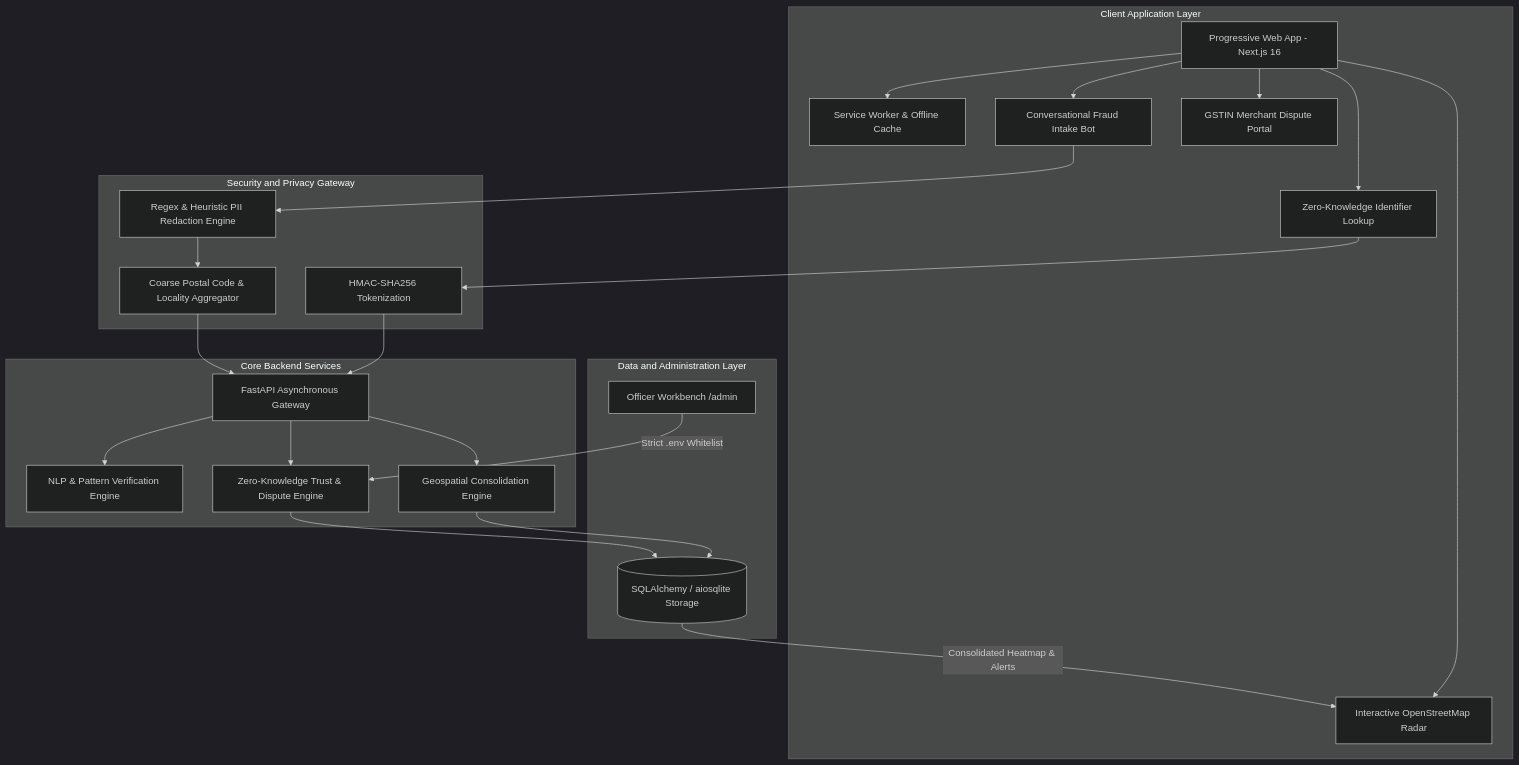
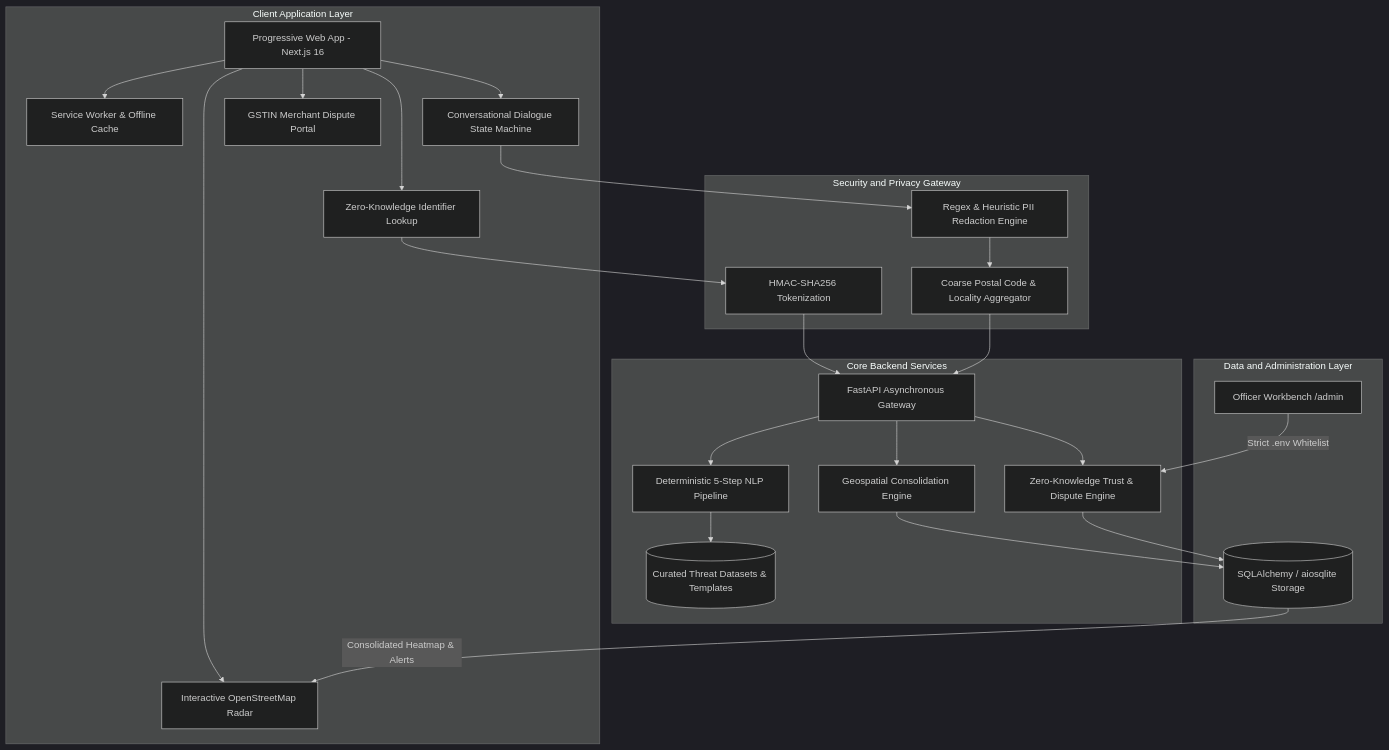
The diagram in SCAMRADAR_PROBLEM_AND_TOTAL_SOLUTION.md (Jagadesh-1811/community-Scam-), drawn with Mermaid (dark theme) before and after one commit. The commit also changed other lines of this file and 1 other file, not shown here.

````diff
--- a/SCAMRADAR_PROBLEM_AND_TOTAL_SOLUTION.md
+++ b/SCAMRADAR_PROBLEM_AND_TOTAL_SOLUTION.md
@@ -65,31 +65,32 @@
 ```mermaid
 flowchart TD
     subgraph Client Application Layer
         PWA[Progressive Web App - Next.js 16] --> SW[Service Worker & Offline Cache]
         PWA --> MapView[Interactive OpenStreetMap Radar]
-        PWA --> IntakeBot[Conversational Fraud Intake Bot]
+        PWA --> IntakeBot[Conversational Dialogue State Machine]
         PWA --> VerifyModal[Zero-Knowledge Identifier Lookup]
         PWA --> DisputeModal[GSTIN Merchant Dispute Portal]
     end
 
     subgraph Security and Privacy Gateway
         IntakeBot --> PIIScrub[Regex & Heuristic PII Redaction Engine]
         VerifyModal --> HMACHash[HMAC-SHA256 Tokenization]
         PIIScrub --> GeoCluster[Coarse Postal Code & Locality Aggregator]
     end
 
     subgraph Core Backend Services
         HMACHash --> API[FastAPI Asynchronous Gateway]
         GeoCluster --> API
-        API --> HeuristicEngine[NLP & Pattern Verification Engine]
+        API --> NLPChecker[Deterministic 5-Step NLP Pipeline]
+        NLPChecker --> Datasets[(Curated Threat Datasets & Templates)]
         API --> MapClusterEngine[Geospatial Consolidation Engine]
         API --> TrustEngine[Zero-Knowledge Trust & Dispute Engine]
     end
 
     subgraph Data and Administration Layer
         MapClusterEngine --> Database[(SQLAlchemy / aiosqlite Storage)]
         TrustEngine --> Database
         AdminPortal[Officer Workbench /admin] -->|Strict .env Whitelist| TrustEngine
         Database -->|Consolidated Heatmap & Alerts| MapView
     end
 ```
````
